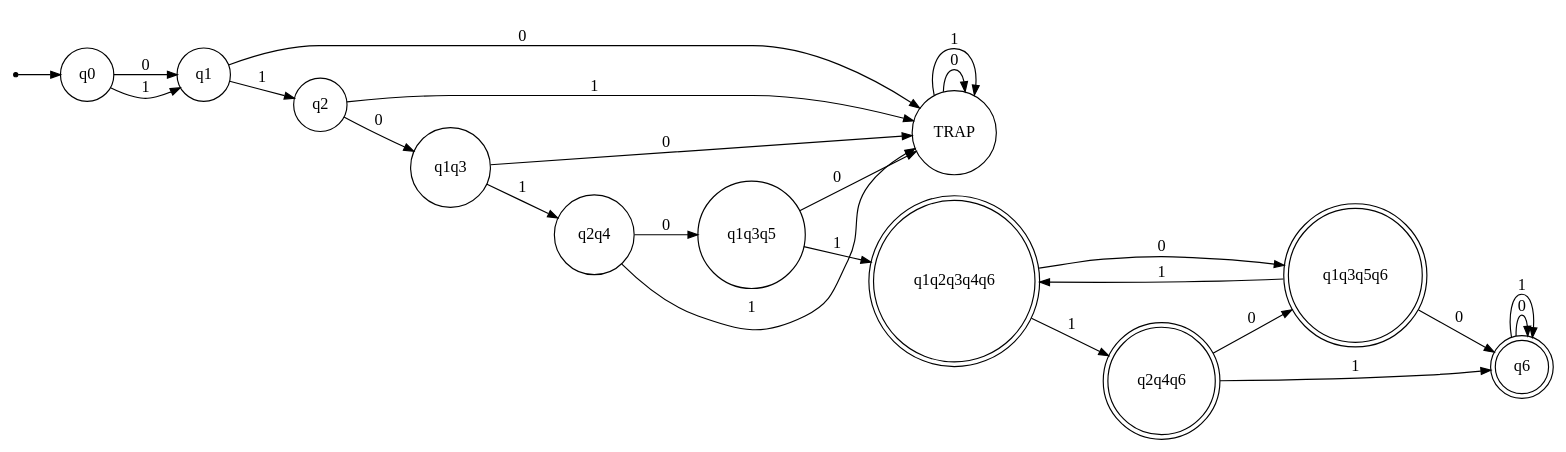
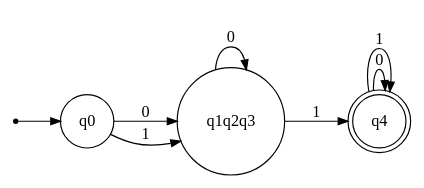
Before and after one commit to iMahdiGhazavi/TLA4012-Midterm-Project: the diagram in Digraph.gv, drawn with Graphviz. The commit also changed 2 other files, not shown here.

```diff
--- a/Digraph.gv
+++ b/Digraph.gv
@@ -1,39 +1,15 @@
 digraph {
 	ranksep=0.5 size="(8, 8)"
 	rankdir=LR
 	Initial [label="" fontsize=14.0 shape=point]
-	TRAP [fontsize=14.0 shape=circle]
 	q0 [fontsize=14.0 shape=circle]
-	q1 [fontsize=14.0 shape=circle]
-	q1q2q3q4q6 [fontsize=14.0 shape=doublecircle]
-	q1q3 [fontsize=14.0 shape=circle]
-	q1q3q5 [fontsize=14.0 shape=circle]
-	q1q3q5q6 [fontsize=14.0 shape=doublecircle]
-	q2 [fontsize=14.0 shape=circle]
-	q2q4 [fontsize=14.0 shape=circle]
-	q2q4q6 [fontsize=14.0 shape=doublecircle]
-	q6 [fontsize=14.0 shape=doublecircle]
+	q1q2q3 [fontsize=14.0 shape=circle]
+	q4 [fontsize=14.0 shape=doublecircle]
 	Initial -> q0 [arrowsize=0.85]
-	q0 -> q1 [label=" 0 " arrowsize=0.85 fontsize=14.0]
-	q0 -> q1 [label=" 1 " arrowsize=0.85 fontsize=14.0]
-	q1 -> TRAP [label=" 0 " arrowsize=0.85 fontsize=14.0]
-	q1 -> q2 [label=" 1 " arrowsize=0.85 fontsize=14.0]
-	TRAP -> TRAP [label=" 0 " arrowsize=0.85 fontsize=14.0]
-	TRAP -> TRAP [label=" 1 " arrowsize=0.85 fontsize=14.0]
-	q2 -> q1q3 [label=" 0 " arrowsize=0.85 fontsize=14.0]
-	q2 -> TRAP [label=" 1 " arrowsize=0.85 fontsize=14.0]
-	q1q3 -> TRAP [label=" 0 " arrowsize=0.85 fontsize=14.0]
-	q1q3 -> q2q4 [label=" 1 " arrowsize=0.85 fontsize=14.0]
-	q2q4 -> q1q3q5 [label=" 0 " arrowsize=0.85 fontsize=14.0]
-	q2q4 -> TRAP [label=" 1 " arrowsize=0.85 fontsize=14.0]
-	q1q3q5 -> TRAP [label=" 0 " arrowsize=0.85 fontsize=14.0]
-	q1q3q5 -> q1q2q3q4q6 [label=" 1 " arrowsize=0.85 fontsize=14.0]
-	q1q2q3q4q6 -> q1q3q5q6 [label=" 0 " arrowsize=0.85 fontsize=14.0]
-	q1q2q3q4q6 -> q2q4q6 [label=" 1 " arrowsize=0.85 fontsize=14.0]
-	q1q3q5q6 -> q6 [label=" 0 " arrowsize=0.85 fontsize=14.0]
-	q1q3q5q6 -> q1q2q3q4q6 [label=" 1 " arrowsize=0.85 fontsize=14.0]
-	q2q4q6 -> q1q3q5q6 [label=" 0 " arrowsize=0.85 fontsize=14.0]
-	q2q4q6 -> q6 [label=" 1 " arrowsize=0.85 fontsize=14.0]
-	q6 -> q6 [label=" 0 " arrowsize=0.85 fontsize=14.0]
-	q6 -> q6 [label=" 1 " arrowsize=0.85 fontsize=14.0]
+	q0 -> q1q2q3 [label=" 0 " arrowsize=0.85 fontsize=14.0]
+	q0 -> q1q2q3 [label=" 1 " arrowsize=0.85 fontsize=14.0]
+	q1q2q3 -> q1q2q3 [label=" 0 " arrowsize=0.85 fontsize=14.0]
+	q1q2q3 -> q4 [label=" 1 " arrowsize=0.85 fontsize=14.0]
+	q4 -> q4 [label=" 0 " arrowsize=0.85 fontsize=14.0]
+	q4 -> q4 [label=" 1 " arrowsize=0.85 fontsize=14.0]
 }
```
